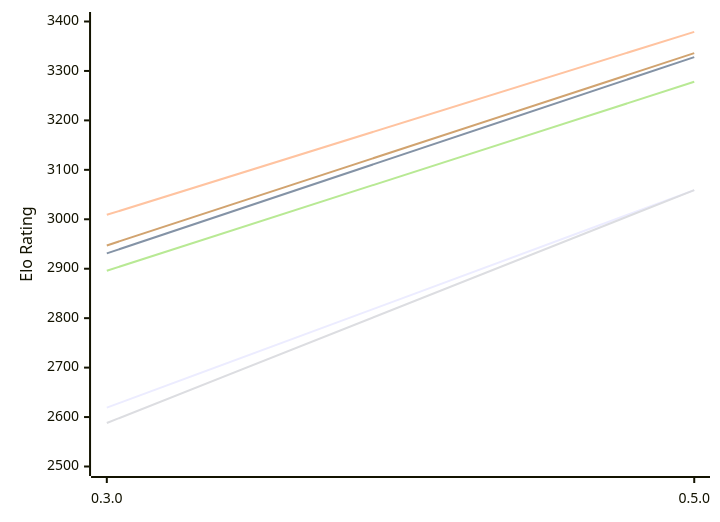
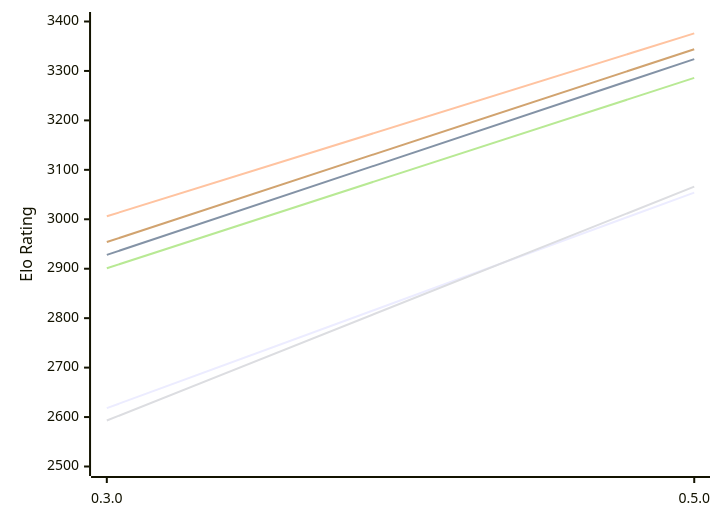
One commit to computer-chess-index/cci changed the diagram in engines/Crustik.md. Above: the diagram before and after it, drawn with Mermaid. The commit also changed other lines of this file, not shown here.

Commit message:
Update CCI Ratings (ELO VLTC) - 2026-11-23

````diff
--- a/engines/Crustik.md
+++ b/engines/Crustik.md
@@ -49,12 +49,12 @@
 ```mermaid
 %%{init: {"theme":"base","themeVariables":{"seriesColors:['#a3a3a3','#222221','#faa371']}}}%%
 xychart-beta
   x-axis ["0.3.0", "0.5.0"]
   y-axis "Elo Rating" 2500 --> 3400
-  line "E1: STC (8.0+0.08s)" [2619, 3059]
-  line "E1: LTC (60.0+0.60s)" [2931, 3328]
-  line "E1: VLTC (2m24s+1.12s)" [3009, 3379]
-  line "P1: STC (8.0+0.08s)" [2588, 3059]
-  line "P1: LTC (60.0+0.60s)" [2896, 3278]
-  line "P1: VLTC (2m24s+1.12s)" [2947, 3336]
+  line "E1: STC (8.0+0.08s)" [2618, 3054]
+  line "E1: LTC (60.0+0.60s)" [2928, 3324]
+  line "E1: VLTC (2m24s+1.12s)" [3006, 3376]
+  line "P1: STC (8.0+0.08s)" [2593, 3066]
+  line "P1: LTC (60.0+0.60s)" [2901, 3286]
+  line "P1: VLTC (2m24s+1.12s)" [2954, 3344]
 ```
````
